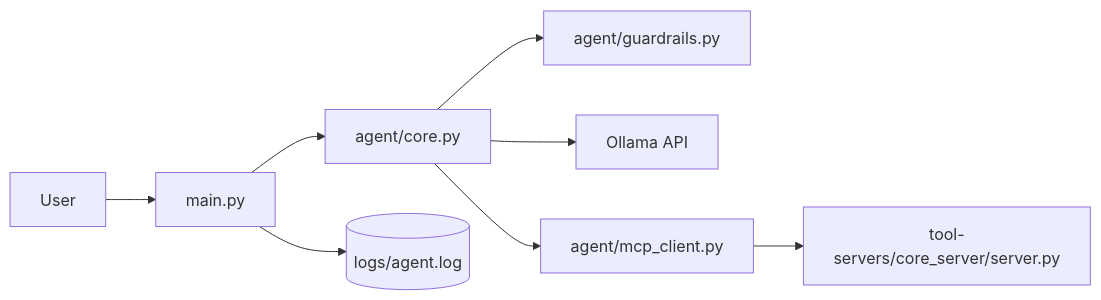
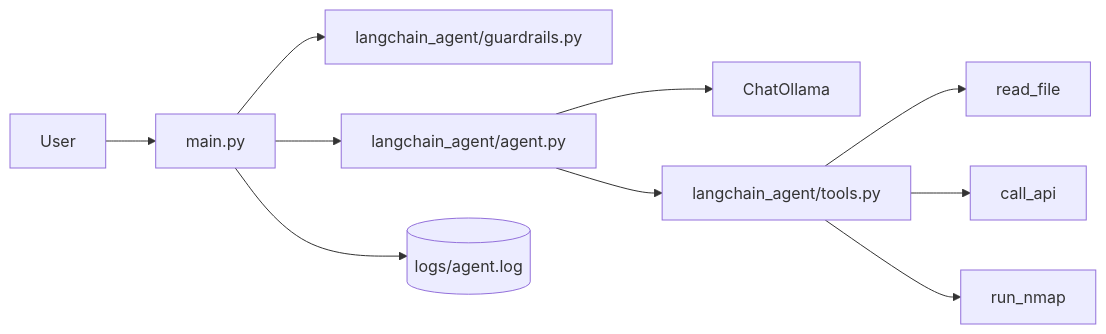
The diagram in README.md (soorajrs409/e-agent), drawn with Mermaid before and after one commit. The commit also changed other lines of this file and 31 other files, not shown here.

First line of the commit message:
refactor: migrate to LangChain agent architecture

````diff
--- a/README.md
+++ b/README.md
@@ -16,10 +11,12 @@
 ```mermaid
 flowchart LR
     U[User] --> CLI[main.py]
-    CLI --> CORE[agent/core.py]
-    CORE --> GUARD[agent/guardrails.py]
-    CORE --> OLLAMA[Ollama API]
-    CORE --> MCP[agent/mcp_client.py]
-    MCP --> TS[tool-servers/core_server/server.py]
+    CLI --> GUARD[langchain_agent/guardrails.py]
+    CLI --> AGENT[langchain_agent/agent.py]
+    AGENT --> LLM[ChatOllama]
+    AGENT --> TOOLS[langchain_agent/tools.py]
+    TOOLS --> TF[read_file]
+    TOOLS --> TA[call_api]
+    TOOLS --> TN[run_nmap]
     CLI --> LOG[(logs/agent.log)]
 ```
````
